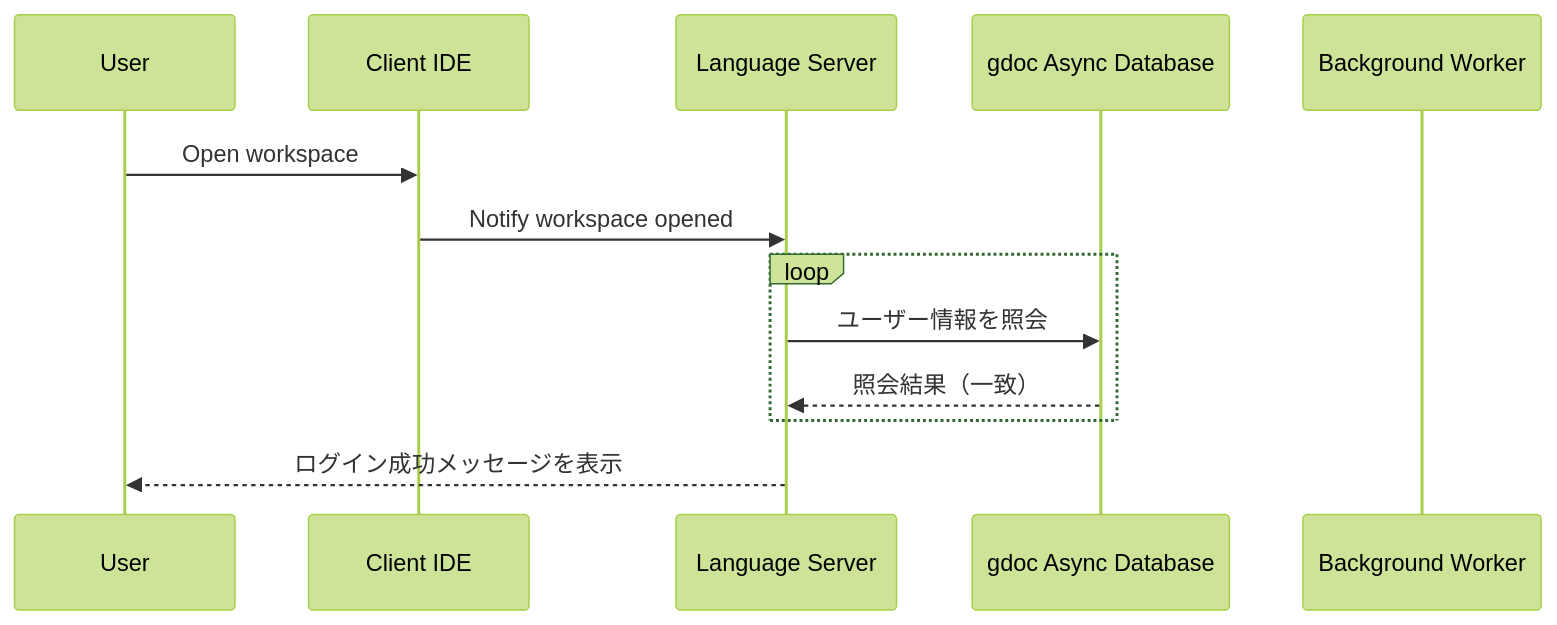
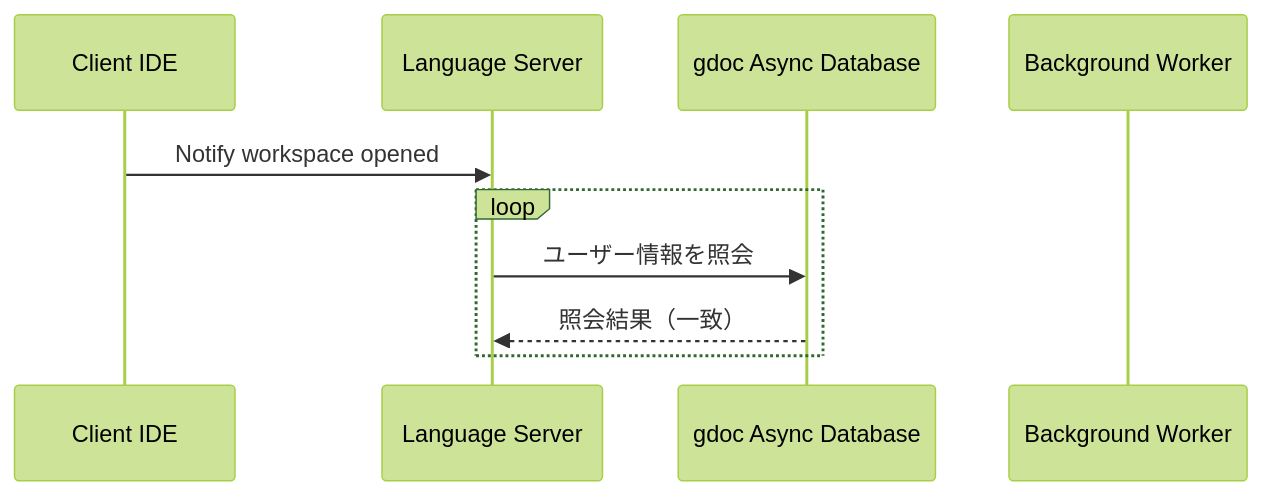
One commit to tyskdm/gdoc changed the first of 2 diagrams in docs/ArchitecturalDesign/gdocServer/LanguageServer.md. Above: the diagram before and after it, drawn with Mermaid (forest theme). The commit also changed other lines of this file, not shown here.

Commit message:
docs: update Language Server documentation with workspace and file opening sequences

````diff
--- a/docs/ArchitecturalDesign/gdocServer/LanguageServer.md
+++ b/docs/ArchitecturalDesign/gdocServer/LanguageServer.md
@@ -113,16 +113,13 @@
 ```mermaid
 sequenceDiagram
-  participant User
   participant IDE as Client IDE
-  participant LSP as Language Server
+  participant LS as Language Server
   participant DB as gdoc Async Database
   participant Worker as Background Worker
 
-  User->>IDE: Open workspace
-  IDE->>LSP: Notify workspace opened
+  IDE->>LS: Notify workspace opened
   Loop
-    LSP->>DB: ユーザー情報を照会
-    DB-->>LSP: 照会結果（一致）
+    LS->>DB: ユーザー情報を照会
+    DB-->>LS: 照会結果（一致）
   end
-  LSP-->>User: ログイン成功メッセージを表示
 ```
````
